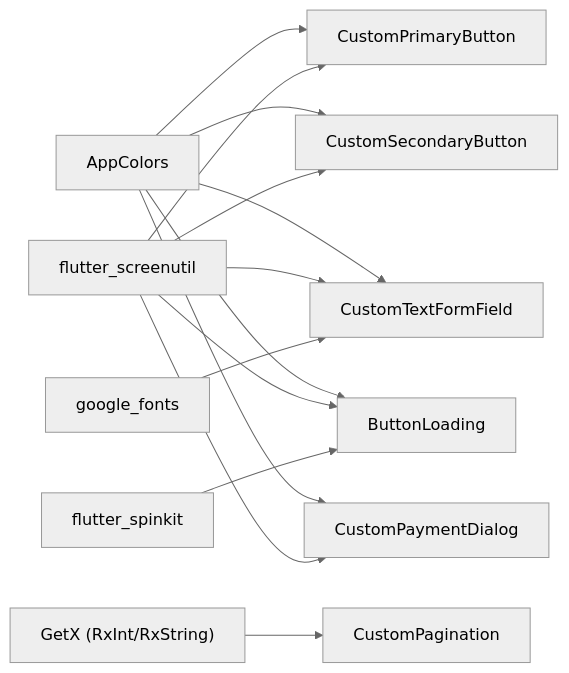
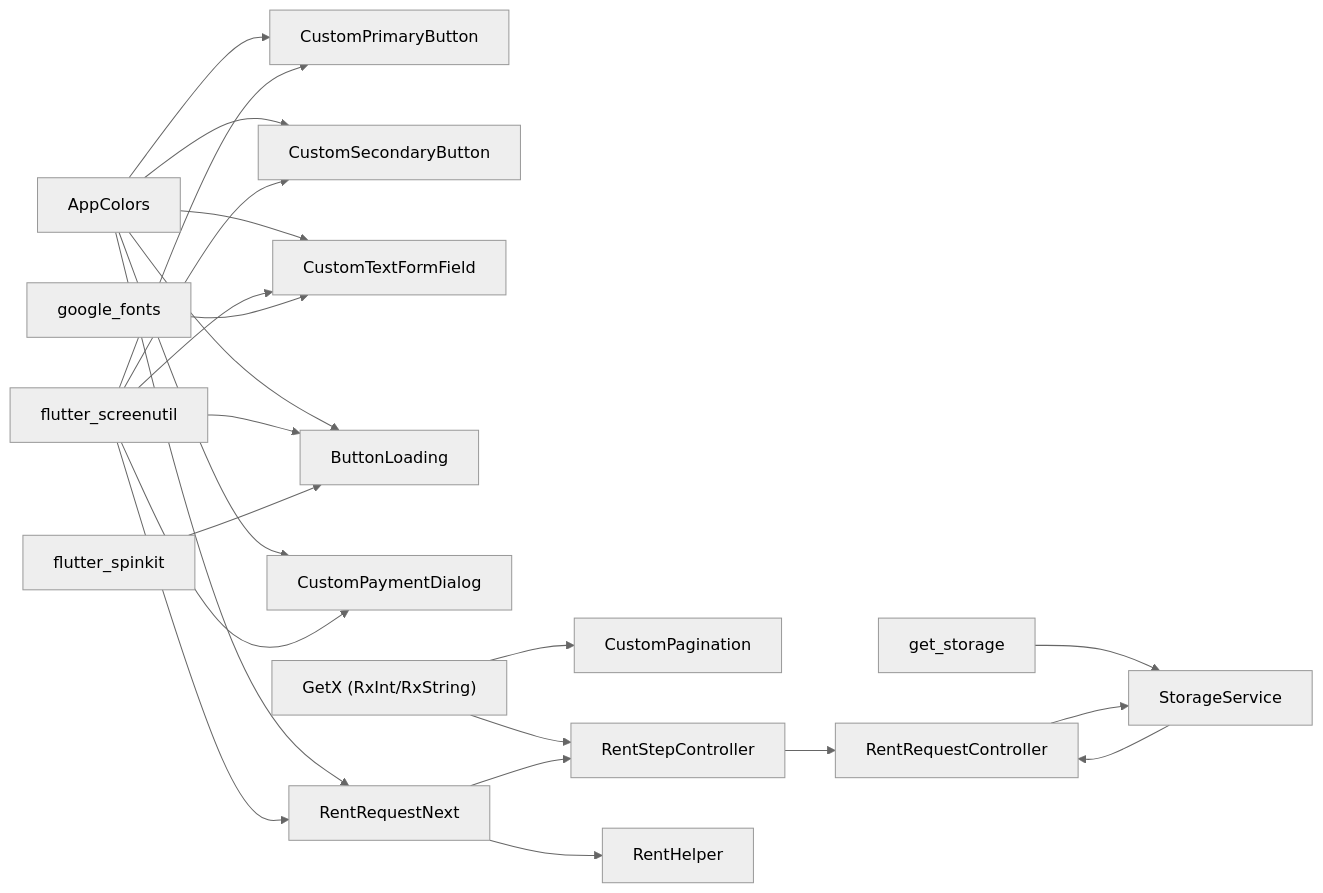
The fifth of 5 diagrams in .qoder/repowiki/en/content/Shared Components and Utilities.md (Ariful3111/FurniGo), drawn with Mermaid (neutral theme) before and after one commit. The commit also changed other lines of this file and 10 other files, not shown here.

Commit message:
Rent Request Step One Completed

````diff
--- a/.qoder/repowiki/en/content/Shared Components and Utilities.md
+++ b/.qoder/repowiki/en/content/Shared Components and Utilities.md
@@ -411,16 +604,25 @@
 ```mermaid
 graph LR
 AC["AppColors"] --> CPB["CustomPrimaryButton"]
 AC --> CSB["CustomSecondaryButton"]
 AC --> CTFF["CustomTextFormField"]
 AC --> BL["ButtonLoading"]
 AC --> CPD["CustomPaymentDialog"]
+AC --> RNN["RentRequestNext"]
 G["GetX (RxInt/RxString)"] --> CP["CustomPagination"]
+G --> RSC["RentStepController"]
 SU["flutter_screenutil"] --> CPB
 SU --> CSB
 SU --> CTFF
 SU --> BL
 SU --> CPD
+SU --> RNN
 SP["flutter_spinkit"] --> BL
 GF["google_fonts"] --> CTFF
+GS["get_storage"] --> SS["StorageService"]
+SS --> RC["RentRequestController"]
+RNN --> RSC
+RNN --> RH["RentHelper"]
+RSC --> RC
+RC --> SS
 ```
````
